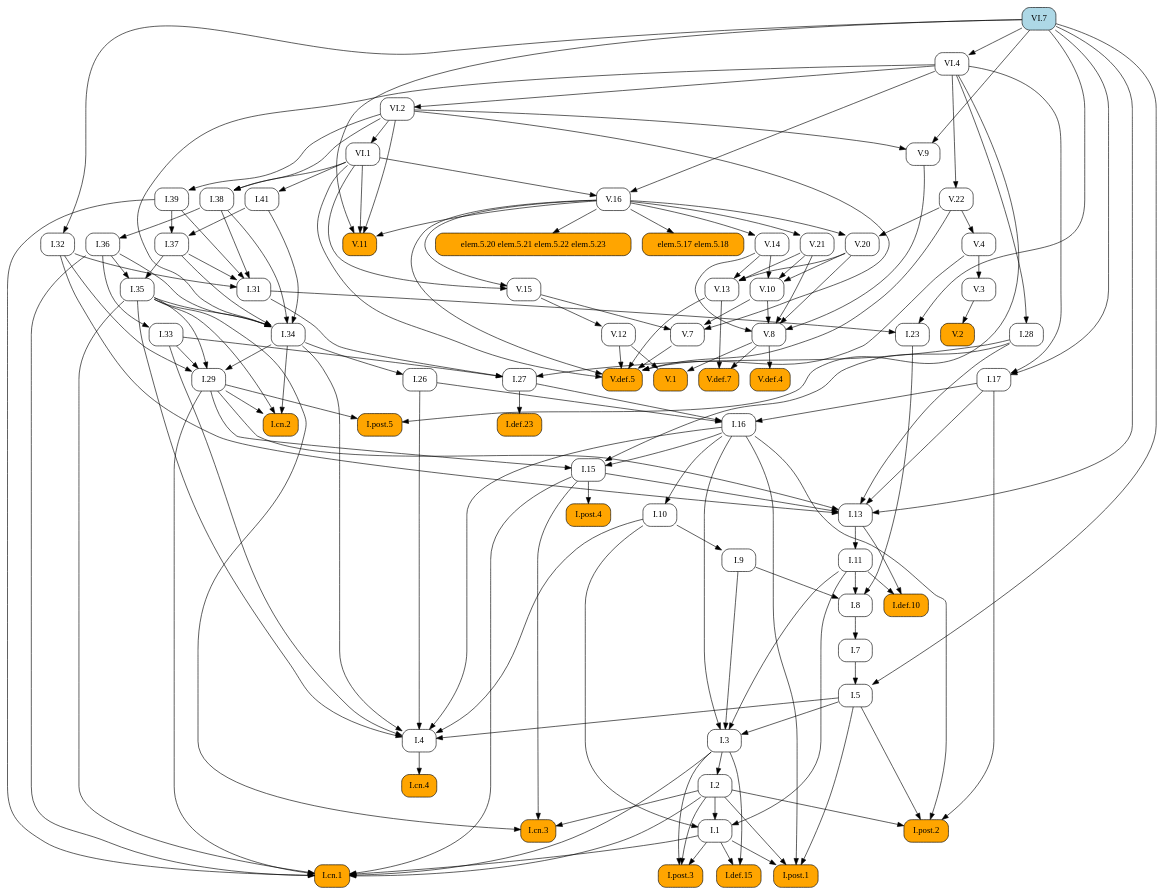
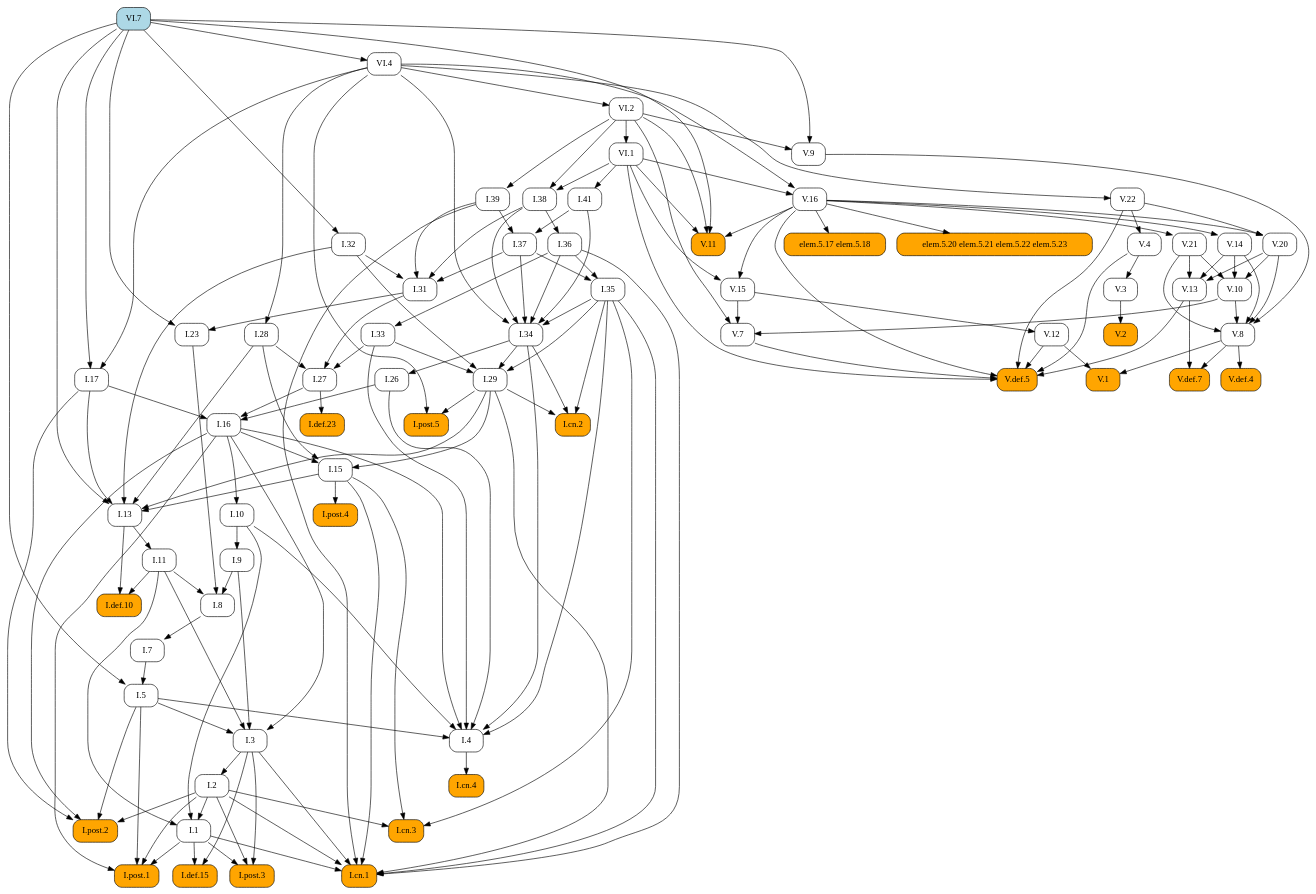
The diagram in docsrc/elements2/VI/7/index.rst (geometor/elements), drawn with Graphviz before and after one commit. The commit also changed other lines of this file and 171 other files, not shown here.

```diff
--- a/docsrc/elements2/VI/7/index.rst
+++ b/docsrc/elements2/VI/7/index.rst
@@ -88,157 +88,79 @@
    digraph {
      rankdir="TB";
      node [shape=box, style=rounded];
+     "I.8" [URL="/elements2/I/8/", target="_top"];
+     "V.20" [URL="/elements2/V/20/", target="_top"];
+     "I.36" [URL="/elements2/I/36/", target="_top"];
+     "V.def.5" [style="rounded,filled", fillcolor=orange, URL="/elements2/V/def.5/", target="_top"];
+     "I.38" [URL="/elements2/I/38/", target="_top"];
+     "I.post.5" [style="rounded,filled", fillcolor=orange, URL="/elements2/I/post.5/", target="_top"];
+     "I.def.10" [style="rounded,filled", fillcolor=orange, URL="/elements2/I/def.10/", target="_top"];
+     "I.cn.2" [style="rounded,filled", fillcolor=orange, URL="/elements2/I/cn.2/", target="_top"];
+     "I.31" [URL="/elements2/I/31/", target="_top"];
+     "I.post.2" [style="rounded,filled", fillcolor=orange, URL="/elements2/I/post.2/", target="_top"];
+     "I.def.23" [style="rounded,filled", fillcolor=orange, URL="/elements2/I/def.23/", target="_top"];
+     "I.26" [URL="/elements2/I/26/", target="_top"];
+     "V.3" [URL="/elements2/V/3/", target="_top"];
+     "I.cn.3" [style="rounded,filled", fillcolor=orange, URL="/elements2/I/cn.3/", target="_top"];
+     "VI.7" [style="rounded,filled", fillcolor=lightblue, URL="/elements2/VI/7/", target="_top"];
+     "V.2" [style="rounded,filled", fillcolor=orange, URL="/elements2/V/2/", target="_top"];
+     "V.12" [URL="/elements2/V/12/", target="_top"];
+     "V.22" [URL="/elements2/V/22/", target="_top"];
+     "I.41" [URL="/elements2/I/41/", target="_top"];
+     "I.35" [URL="/elements2/I/35/", target="_top"];
+     "I.28" [URL="/elements2/I/28/", target="_top"];
+     "I.27" [URL="/elements2/I/27/", target="_top"];
+     "I.4" [URL="/elements2/I/4/", target="_top"];
+     "V.8" [URL="/elements2/V/8/", target="_top"];
+     "VI.2" [URL="/elements2/VI/2/", target="_top"];
+     "I.39" [URL="/elements2/I/39/", target="_top"];
+     "I.15" [URL="/elements2/I/15/", target="_top"];
+     "I.34" [URL="/elements2/I/34/", target="_top"];
+     "I.post.3" [style="rounded,filled", fillcolor=orange, URL="/elements2/I/post.3/", target="_top"];
+     "I.32" [URL="/elements2/I/32/", target="_top"];
+     "I.post.1" [style="rounded,filled", fillcolor=orange, URL="/elements2/I/post.1/", target="_top"];
+     "V.def.4" [style="rounded,filled", fillcolor=orange, URL="/elements2/V/def.4/", target="_top"];
+     "I.33" [URL="/elements2/I/33/", target="_top"];
+     "I.5" [URL="/elements2/I/5/", target="_top"];
      "elem.5.17 elem.5.18" [style="rounded,filled", fillcolor=orange];
-     "V.7" [URL="/elements2/V/7/", target="_top"];
-     "I.32" [URL="/elements2/I/32/", target="_top"];
-     "VI.4" [URL="/elements2/VI/4/", target="_top"];
-     "I.cn.4" [style="rounded,filled", fillcolor=orange, URL="/elements2/I/cn.4/", target="_top"];
-     "I.post.3" [style="rounded,filled", fillcolor=orange, URL="/elements2/I/post.3/", target="_top"];
-     "V.22" [URL="/elements2/V/22/", target="_top"];
-     "V.def.7" [style="rounded,filled", fillcolor=orange, URL="/elements2/V/def.7/", target="_top"];
-     "I.41" [URL="/elements2/I/41/", target="_top"];
-     "I.27" [URL="/elements2/I/27/", target="_top"];
-     "I.post.2" [style="rounded,filled", fillcolor=orange, URL="/elements2/I/post.2/", target="_top"];
-     "I.13" [URL="/elements2/I/13/", target="_top"];
-     "I.10" [URL="/elements2/I/10/", target="_top"];
-     "I.post.1" [style="rounded,filled", fillcolor=orange, URL="/elements2/I/post.1/", target="_top"];
-     "I.7" [URL="/elements2/I/7/", target="_top"];
+     "VI.1" [URL="/elements2/VI/1/", target="_top"];
+     "V.11" [style="rounded,filled", fillcolor=orange, URL="/elements2/V/11/", target="_top"];
      "V.13" [URL="/elements2/V/13/", target="_top"];
+     "V.9" [URL="/elements2/V/9/", target="_top"];
      "V.16" [URL="/elements2/V/16/", target="_top"];
-     "V.1" [style="rounded,filled", fillcolor=orange, URL="/elements2/V/1/", target="_top"];
-     "V.8" [URL="/elements2/V/8/", target="_top"];
-     "elem.5.20 elem.5.21 elem.5.22 elem.5.23" [style="rounded,filled", fillcolor=orange];
-     "I.9" [URL="/elements2/I/9/", target="_top"];
-     "I.8" [URL="/elements2/I/8/", target="_top"];
-     "I.38" [URL="/elements2/I/38/", target="_top"];
-     "I.23" [URL="/elements2/I/23/", target="_top"];
-     "I.15" [URL="/elements2/I/15/", target="_top"];
-     "I.26" [URL="/elements2/I/26/", target="_top"];
-     "VI.7" [style="rounded,filled", fillcolor=lightblue, URL="/elements2/VI/7/", target="_top"];
-     "V.4" [URL="/elements2/V/4/", target="_top"];
-     "VI.1" [URL="/elements2/VI/1/", target="_top"];
-     "I.1" [URL="/elements2/I/1/", target="_top"];
-     "I.3" [URL="/elements2/I/3/", target="_top"];
-     "I.cn.3" [style="rounded,filled", fillcolor=orange, URL="/elements2/I/cn.3/", target="_top"];
-     "I.17" [URL="/elements2/I/17/", target="_top"];
-     "I.37" [URL="/elements2/I/37/", target="_top"];
-     "I.def.10" [style="rounded,filled", fillcolor=orange, URL="/elements2/I/def.10/", target="_top"];
-     "I.34" [URL="/elements2/I/34/", target="_top"];
      "I.def.15" [style="rounded,filled", fillcolor=orange, URL="/elements2/I/def.15/", target="_top"];
-     "V.def.5" [style="rounded,filled", fillcolor=orange, URL="/elements2/V/def.5/", target="_top"];
-     "I.28" [URL="/elements2/I/28/", target="_top"];
-     "I.36" [URL="/elements2/I/36/", target="_top"];
-     "V.10" [URL="/elements2/V/10/", target="_top"];
-     "V.14" [URL="/elements2/V/14/", target="_top"];
      "V.15" [URL="/elements2/V/15/", target="_top"];
      "I.11" [URL="/elements2/I/11/", target="_top"];
-     "I.4" [URL="/elements2/I/4/", target="_top"];
+     "I.3" [URL="/elements2/I/3/", target="_top"];
+     "V.14" [URL="/elements2/V/14/", target="_top"];
+     "VI.4" [URL="/elements2/VI/4/", target="_top"];
+     "V.10" [URL="/elements2/V/10/", target="_top"];
+     "I.1" [URL="/elements2/I/1/", target="_top"];
+     "I.cn.4" [style="rounded,filled", fillcolor=orange, URL="/elements2/I/cn.4/", target="_top"];
+     "I.23" [URL="/elements2/I/23/", target="_top"];
+     "I.7" [URL="/elements2/I/7/", target="_top"];
+     "I.17" [URL="/elements2/I/17/", target="_top"];
+     "I.9" [URL="/elements2/I/9/", target="_top"];
+     "V.1" [style="rounded,filled", fillcolor=orange, URL="/elements2/V/1/", target="_top"];
+     "I.cn.1" [style="rounded,filled", fillcolor=orange, URL="/elements2/I/cn.1/", target="_top"];
+     "I.29" [URL="/elements2/I/29/", target="_top"];
      "I.16" [URL="/elements2/I/16/", target="_top"];
      "V.21" [URL="/elements2/V/21/", target="_top"];
-     "I.def.23" [style="rounded,filled", fillcolor=orange, URL="/elements2/I/def.23/", target="_top"];
+     "I.13" [URL="/elements2/I/13/", target="_top"];
+     "elem.5.20 elem.5.21 elem.5.22 elem.5.23" [style="rounded,filled", fillcolor=orange];
+     "V.7" [URL="/elements2/V/7/", target="_top"];
+     "I.post.4" [style="rounded,filled", fillcolor=orange, URL="/elements2/I/post.4/", target="_top"];
      "I.2" [URL="/elements2/I/2/", target="_top"];
-     "I.cn.2" [style="rounded,filled", fillcolor=orange, URL="/elements2/I/cn.2/", target="_top"];
-     "I.post.5" [style="rounded,filled", fillcolor=orange, URL="/elements2/I/post.5/", target="_top"];
-     "VI.2" [URL="/elements2/VI/2/", target="_top"];
-     "V.3" [URL="/elements2/V/3/", target="_top"];
-     "V.def.4" [style="rounded,filled", fillcolor=orange, URL="/elements2/V/def.4/", target="_top"];
-     "I.35" [URL="/elements2/I/35/", target="_top"];
-     "V.11" [style="rounded,filled", fillcolor=orange, URL="/elements2/V/11/", target="_top"];
-     "V.2" [style="rounded,filled", fillcolor=orange, URL="/elements2/V/2/", target="_top"];
-     "I.31" [URL="/elements2/I/31/", target="_top"];
-     "I.33" [URL="/elements2/I/33/", target="_top"];
-     "I.post.4" [style="rounded,filled", fillcolor=orange, URL="/elements2/I/post.4/", target="_top"];
-     "I.39" [URL="/elements2/I/39/", target="_top"];
-     "I.cn.1" [style="rounded,filled", fillcolor=orange, URL="/elements2/I/cn.1/", target="_top"];
-     "V.9" [URL="/elements2/V/9/", target="_top"];
-     "I.29" [URL="/elements2/I/29/", target="_top"];
-     "I.5" [URL="/elements2/I/5/", target="_top"];
-     "V.12" [URL="/elements2/V/12/", target="_top"];
-     "V.20" [URL="/elements2/V/20/", target="_top"];
-     "V.16" -> "elem.5.17 elem.5.18";
-     "V.10" -> "V.7";
-     "V.15" -> "V.7";
-     "VI.2" -> "V.7";
-     "VI.7" -> "I.32";
-     "VI.7" -> "VI.4";
-     "I.4" -> "I.cn.4";
-     "I.1" -> "I.post.3";
-     "I.2" -> "I.post.3";
-     "I.3" -> "I.post.3";
-     "VI.4" -> "V.22";
-     "V.8" -> "V.def.7";
-     "V.13" -> "V.def.7";
-     "VI.1" -> "I.41";
-     "I.28" -> "I.27";
-     "I.31" -> "I.27";
-     "I.33" -> "I.27";
-     "I.2" -> "I.post.2";
-     "I.5" -> "I.post.2";
-     "I.16" -> "I.post.2";
-     "I.17" -> "I.post.2";
-     "I.15" -> "I.13";
-     "I.17" -> "I.13";
-     "I.28" -> "I.13";
-     "I.29" -> "I.13";
-     "I.32" -> "I.13";
-     "VI.7" -> "I.13";
-     "I.16" -> "I.10";
-     "I.1" -> "I.post.1";
-     "I.2" -> "I.post.1";
-     "I.5" -> "I.post.1";
-     "I.16" -> "I.post.1";
-     "I.8" -> "I.7";
-     "V.14" -> "V.13";
-     "V.20" -> "V.13";
-     "V.21" -> "V.13";
-     "VI.1" -> "V.16";
-     "VI.4" -> "V.16";
-     "V.8" -> "V.1";
-     "V.12" -> "V.1";
-     "V.9" -> "V.8";
-     "V.10" -> "V.8";
-     "V.14" -> "V.8";
-     "V.20" -> "V.8";
-     "V.21" -> "V.8";
-     "V.16" -> "elem.5.20 elem.5.21 elem.5.22 elem.5.23";
-     "I.10" -> "I.9";
+     "I.37" [URL="/elements2/I/37/", target="_top"];
+     "I.10" [URL="/elements2/I/10/", target="_top"];
+     "V.def.7" [style="rounded,filled", fillcolor=orange, URL="/elements2/V/def.7/", target="_top"];
+     "V.4" [URL="/elements2/V/4/", target="_top"];
      "I.9" -> "I.8";
      "I.11" -> "I.8";
      "I.23" -> "I.8";
-     "VI.1" -> "I.38";
-     "VI.2" -> "I.38";
-     "I.31" -> "I.23";
-     "VI.7" -> "I.23";
-     "I.16" -> "I.15";
-     "I.28" -> "I.15";
-     "I.29" -> "I.15";
-     "I.34" -> "I.26";
-     "V.22" -> "V.4";
-     "VI.2" -> "VI.1";
-     "I.2" -> "I.1";
-     "I.10" -> "I.1";
-     "I.11" -> "I.1";
-     "I.5" -> "I.3";
-     "I.9" -> "I.3";
-     "I.11" -> "I.3";
-     "I.16" -> "I.3";
-     "I.2" -> "I.cn.3";
-     "I.15" -> "I.cn.3";
-     "I.35" -> "I.cn.3";
-     "VI.4" -> "I.17";
-     "VI.7" -> "I.17";
-     "I.39" -> "I.37";
-     "I.41" -> "I.37";
-     "I.11" -> "I.def.10";
-     "I.13" -> "I.def.10";
-     "I.35" -> "I.34";
-     "I.36" -> "I.34";
-     "I.37" -> "I.34";
-     "I.38" -> "I.34";
-     "I.41" -> "I.34";
-     "VI.4" -> "I.34";
-     "I.1" -> "I.def.15";
-     "I.3" -> "I.def.15";
+     "V.16" -> "V.20";
+     "V.22" -> "V.20";
+     "I.38" -> "I.36";
      "V.4" -> "V.def.5";
      "V.7" -> "V.def.5";
      "V.12" -> "V.def.5";
@@ -246,15 +168,39 @@
      "V.16" -> "V.def.5";
      "V.22" -> "V.def.5";
      "VI.1" -> "V.def.5";
+     "VI.1" -> "I.38";
+     "VI.2" -> "I.38";
+     "I.29" -> "I.post.5";
+     "VI.4" -> "I.post.5";
+     "I.11" -> "I.def.10";
+     "I.13" -> "I.def.10";
+     "I.29" -> "I.cn.2";
+     "I.34" -> "I.cn.2";
+     "I.35" -> "I.cn.2";
+     "I.32" -> "I.31";
+     "I.37" -> "I.31";
+     "I.38" -> "I.31";
+     "I.39" -> "I.31";
+     "I.2" -> "I.post.2";
+     "I.5" -> "I.post.2";
+     "I.16" -> "I.post.2";
+     "I.17" -> "I.post.2";
+     "I.27" -> "I.def.23";
+     "I.34" -> "I.26";
+     "V.4" -> "V.3";
+     "I.2" -> "I.cn.3";
+     "I.15" -> "I.cn.3";
+     "I.35" -> "I.cn.3";
+     "V.3" -> "V.2";
+     "V.15" -> "V.12";
+     "VI.4" -> "V.22";
+     "VI.1" -> "I.41";
+     "I.36" -> "I.35";
+     "I.37" -> "I.35";
      "VI.4" -> "I.28";
-     "I.38" -> "I.36";
-     "V.14" -> "V.10";
-     "V.20" -> "V.10";
-     "V.21" -> "V.10";
-     "V.16" -> "V.14";
-     "V.16" -> "V.15";
-     "VI.1" -> "V.15";
-     "I.13" -> "I.11";
+     "I.28" -> "I.27";
+     "I.31" -> "I.27";
+     "I.33" -> "I.27";
      "I.5" -> "I.4";
      "I.10" -> "I.4";
      "I.16" -> "I.4";
@@ -262,34 +208,73 @@
      "I.33" -> "I.4";
      "I.34" -> "I.4";
      "I.35" -> "I.4";
-     "I.17" -> "I.16";
-     "I.26" -> "I.16";
-     "I.27" -> "I.16";
-     "V.16" -> "V.21";
-     "I.27" -> "I.def.23";
-     "I.3" -> "I.2";
-     "I.29" -> "I.cn.2";
-     "I.34" -> "I.cn.2";
-     "I.35" -> "I.cn.2";
-     "I.29" -> "I.post.5";
-     "VI.4" -> "I.post.5";
+     "V.9" -> "V.8";
+     "V.10" -> "V.8";
+     "V.14" -> "V.8";
+     "V.20" -> "V.8";
+     "V.21" -> "V.8";
      "VI.4" -> "VI.2";
-     "V.4" -> "V.3";
+     "VI.2" -> "I.39";
+     "I.16" -> "I.15";
+     "I.28" -> "I.15";
+     "I.29" -> "I.15";
+     "I.35" -> "I.34";
+     "I.36" -> "I.34";
+     "I.37" -> "I.34";
+     "I.38" -> "I.34";
+     "I.41" -> "I.34";
+     "VI.4" -> "I.34";
+     "I.1" -> "I.post.3";
+     "I.2" -> "I.post.3";
+     "I.3" -> "I.post.3";
+     "VI.7" -> "I.32";
+     "I.1" -> "I.post.1";
+     "I.2" -> "I.post.1";
+     "I.5" -> "I.post.1";
+     "I.16" -> "I.post.1";
      "V.8" -> "V.def.4";
-     "I.36" -> "I.35";
-     "I.37" -> "I.35";
+     "I.36" -> "I.33";
+     "I.7" -> "I.5";
+     "VI.7" -> "I.5";
+     "V.16" -> "elem.5.17 elem.5.18";
+     "VI.2" -> "VI.1";
      "V.16" -> "V.11";
      "VI.1" -> "V.11";
      "VI.2" -> "V.11";
      "VI.7" -> "V.11";
-     "V.3" -> "V.2";
-     "I.32" -> "I.31";
-     "I.37" -> "I.31";
-     "I.38" -> "I.31";
-     "I.39" -> "I.31";
-     "I.36" -> "I.33";
-     "I.15" -> "I.post.4";
-     "VI.2" -> "I.39";
+     "V.14" -> "V.13";
+     "V.20" -> "V.13";
+     "V.21" -> "V.13";
+     "VI.2" -> "V.9";
+     "VI.7" -> "V.9";
+     "VI.1" -> "V.16";
+     "VI.4" -> "V.16";
+     "I.1" -> "I.def.15";
+     "I.3" -> "I.def.15";
+     "V.16" -> "V.15";
+     "VI.1" -> "V.15";
+     "I.13" -> "I.11";
+     "I.5" -> "I.3";
+     "I.9" -> "I.3";
+     "I.11" -> "I.3";
+     "I.16" -> "I.3";
+     "V.16" -> "V.14";
+     "VI.7" -> "VI.4";
+     "V.14" -> "V.10";
+     "V.20" -> "V.10";
+     "V.21" -> "V.10";
+     "I.2" -> "I.1";
+     "I.10" -> "I.1";
+     "I.11" -> "I.1";
+     "I.4" -> "I.cn.4";
+     "I.31" -> "I.23";
+     "VI.7" -> "I.23";
+     "I.8" -> "I.7";
+     "VI.4" -> "I.17";
+     "VI.7" -> "I.17";
+     "I.10" -> "I.9";
+     "V.8" -> "V.1";
+     "V.12" -> "V.1";
      "I.1" -> "I.cn.1";
      "I.2" -> "I.cn.1";
      "I.3" -> "I.cn.1";
@@ -298,15 +283,30 @@
      "I.35" -> "I.cn.1";
      "I.36" -> "I.cn.1";
      "I.39" -> "I.cn.1";
-     "VI.2" -> "V.9";
-     "VI.7" -> "V.9";
      "I.32" -> "I.29";
      "I.33" -> "I.29";
      "I.34" -> "I.29";
      "I.35" -> "I.29";
-     "I.7" -> "I.5";
-     "VI.7" -> "I.5";
-     "V.15" -> "V.12";
-     "V.16" -> "V.20";
-     "V.22" -> "V.20";
+     "I.17" -> "I.16";
+     "I.26" -> "I.16";
+     "I.27" -> "I.16";
+     "V.16" -> "V.21";
+     "I.15" -> "I.13";
+     "I.17" -> "I.13";
+     "I.28" -> "I.13";
+     "I.29" -> "I.13";
+     "I.32" -> "I.13";
+     "VI.7" -> "I.13";
+     "V.16" -> "elem.5.20 elem.5.21 elem.5.22 elem.5.23";
+     "V.10" -> "V.7";
+     "V.15" -> "V.7";
+     "VI.2" -> "V.7";
+     "I.15" -> "I.post.4";
+     "I.3" -> "I.2";
+     "I.39" -> "I.37";
+     "I.41" -> "I.37";
+     "I.16" -> "I.10";
+     "V.8" -> "V.def.7";
+     "V.13" -> "V.def.7";
+     "V.22" -> "V.4";
    }
```
